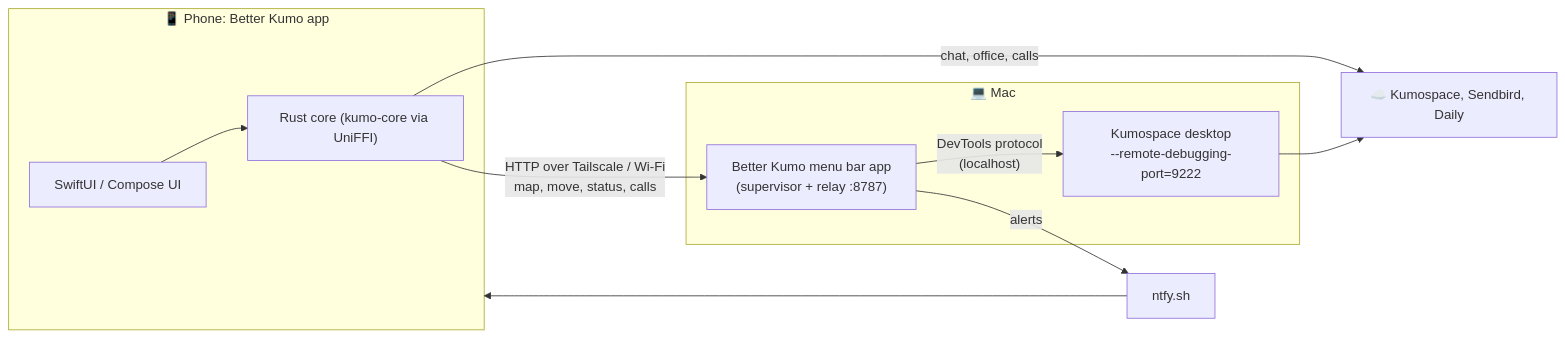
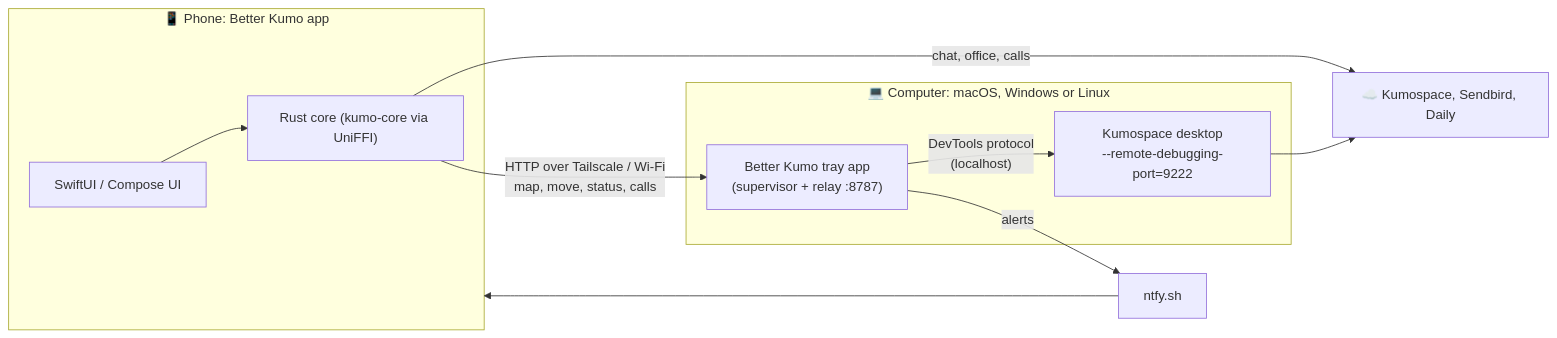
One commit to IgorKravtsov/better-kumo-app changed the diagram in README.md. Above: the diagram before and after it, drawn with Mermaid. The commit also changed other lines of this file and 4 other files, not shown here.

Commit message:
Windows and Linux: build fixes, visible tray icon; MIT license; cross-platform install docs

````diff
--- a/README.md
+++ b/README.md
@@ -86,18 +86,18 @@
 ```mermaid
 flowchart LR
     subgraph Phone["📱 Phone: Better Kumo app"]
         UI["SwiftUI / Compose UI"]
         Core1["Rust core (kumo-core via UniFFI)"]
         UI --> Core1
     end
-    subgraph Mac["💻 Mac"]
+    subgraph Mac["💻 Computer: macOS, Windows or Linux"]
         KS["Kumospace desktop<br/>--remote-debugging-port=9222"]
-        BK["Better Kumo menu bar app<br/>(supervisor + relay :8787)"]
+        BK["Better Kumo tray app<br/>(supervisor + relay :8787)"]
         BK -- "DevTools protocol<br/>(localhost)" --> KS
     end
     Cloud["☁️ Kumospace, Sendbird, Daily"]
     Core1 -- "chat, office, calls" --> Cloud
     KS --> Cloud
     Core1 -- "HTTP over Tailscale / Wi-Fi<br/>map, move, status, calls" --> BK
     BK -- "alerts" --> ntfy["ntfy.sh"] --> Phone
 ```
````
